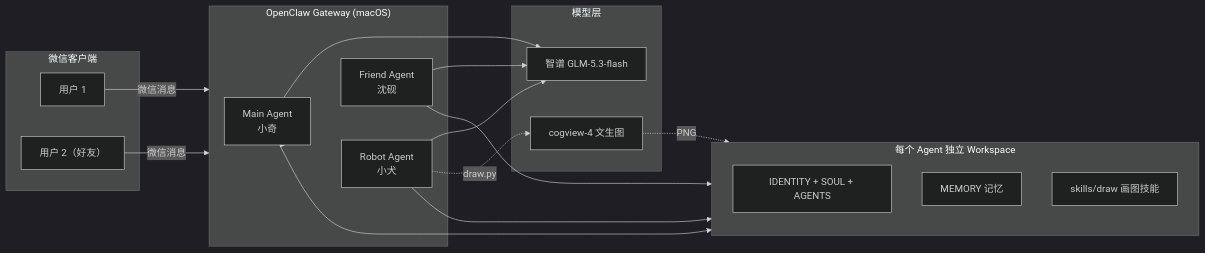
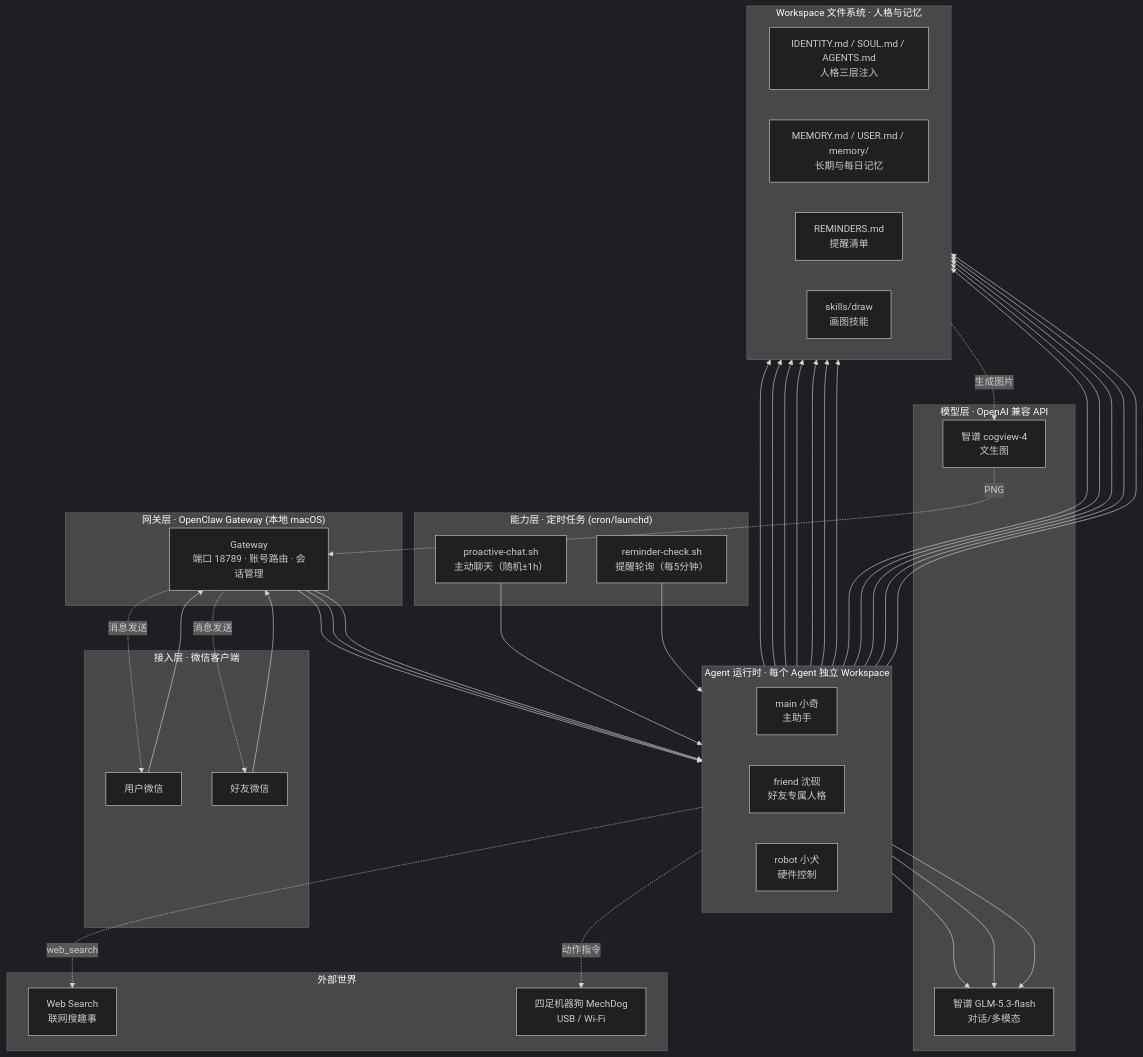
One commit to xiaocube/wechat-multi-agent-system changed the diagram in README.md. Above: the diagram before and after it, drawn with Mermaid (dark theme). The commit also changed other lines of this file and 6 other files, not shown here.

Commit message:
feat: product-grade README with architecture, implementation details, real chat screenshots and scripts

````diff
--- a/README.md
+++ b/README.md
@@ -18,32 +69,54 @@
 ```mermaid
-flowchart LR
-    subgraph WeChat["微信客户端"]
-        U1[用户 1]
-        U2[用户 2（好友）]
+flowchart TB
+    subgraph L1["接入层 · 微信客户端"]
+        WX1["用户微信"]
+        WX2["好友微信"]
     end
 
-    subgraph Gateway["OpenClaw Gateway (macOS)"]
-        A1[Main Agent<br/>小奇]
-        A2[Friend Agent<br/>沈砚]
-        A3[Robot Agent<br/>小犬]
+    subgraph L2["网关层 · OpenClaw Gateway (本地 macOS)"]
+        GW["Gateway<br/>端口 18789 · 账号路由 · 会话管理"]
     end
 
-    subgraph Workspace["每个 Agent 独立 Workspace"]
-        W1[IDENTITY + SOUL + AGENTS]
-        W2[MEMORY 记忆]
-        W3[skills/draw 画图技能]
+    subgraph L3["Agent 运行时 · 每个 Agent 独立 Workspace"]
+        direction LR
+        A1["main 小奇<br/>主助手"]
+        A2["friend 沈砚<br/>好友专属人格"]
+        A3["robot 小犬<br/>硬件控制"]
     end
 
-    subgraph LLM["模型层"]
-        M1[智谱 GLM-5.3-flash]
-        M2[cogview-4 文生图]
+    subgraph L4["Workspace 文件系统 · 人格与记忆"]
+        direction LR
+        F1["IDENTITY.md / SOUL.md / AGENTS.md<br/>人格三层注入"]
+        F2["MEMORY.md / USER.md / memory/<br/>长期与每日记忆"]
+        F3["REMINDERS.md<br/>提醒清单"]
+        F4["skills/draw<br/>画图技能"]
     end
 
-    U1 -->|微信消息| Gateway
-    U2 -->|微信消息| Gateway
-    Gateway --> A1 & A2 & A3
-    A1 & A2 & A3 --> Workspace
+    subgraph L5["能力层 · 定时任务 (cron/launchd)"]
+        J1["proactive-chat.sh<br/>主动聊天（随机±1h）"]
+        J2["reminder-check.sh<br/>提醒轮询（每5分钟）"]
+    end
+
+    subgraph L6["模型层 · OpenAI 兼容 API"]
+        M1["智谱 GLM-5.3-flash<br/>对话/多模态"]
+        M2["智谱 cogview-4<br/>文生图"]
+    end
+
+    subgraph L7["外部世界"]
+        WEB["Web Search<br/>联网搜趣事"]
+        HW["四足机器狗 MechDog<br/>USB / Wi-Fi"]
+    end
+
+    WX1 --> GW
+    WX2 --> GW
+    GW --> A1 & A2 & A3
+    A1 & A2 & A3 --> F1 & F2 & F3 & F4
+    J1 --> A1
+    J2 --> A1
     A1 & A2 & A3 --> M1
-    A3 -.->|draw.py| M2
-    M2 -.->|PNG| Workspace
+    F4 -. 生成图片 .-> M2
+    M2 -. PNG .-> GW
+    A1 -. web_search .-> WEB
+    A3 -. 动作指令 .-> HW
+    GW -. 消息发送 .-> WX1 & WX2
 ```
````
